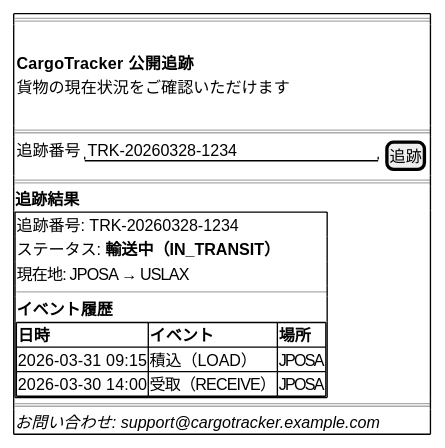
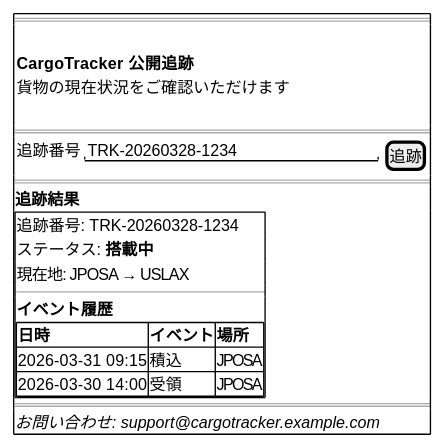
Before and after one commit to k2works/case-study-cargo-tracker: diagram 23 of 23 in docs/design/ui_design.md, drawn with PlantUML. The commit also changed other lines of this file, not shown here.

````diff
--- a/docs/design/ui_design.md
+++ b/docs/design/ui_design.md
@@ -931,33 +1208,33 @@
 ```plantuml
 @startsalt
 {+
   ==
   {
     .
     <b>CargoTracker 公開追跡</b>
     貨物の現在状況をご確認いただけます
     .
   }
   ==
   {
     追跡番号 | "TRK-20260328-1234          " | [追跡]
   }
   ==
   <b>追跡結果</b>
   {+
     追跡番号: TRK-20260328-1234
-    ステータス: <b>輸送中（IN_TRANSIT）</b>
+    ステータス: <b>搭載中</b>
     現在地: JPOSA → USLAX
     ----
     <b>イベント履歴</b>
     {#
       **日時** | **イベント** | **場所**
-      2026-03-31 09:15 | 積込（LOAD） | JPOSA
-      2026-03-30 14:00 | 受取（RECEIVE） | JPOSA
+      2026-03-31 09:15 | 積込 | JPOSA
+      2026-03-30 14:00 | 受領 | JPOSA
     }
   }
   ==
   <i>お問い合わせ: support@cargotracker.example.com</i>
 }
 @endsalt
 ```
````
